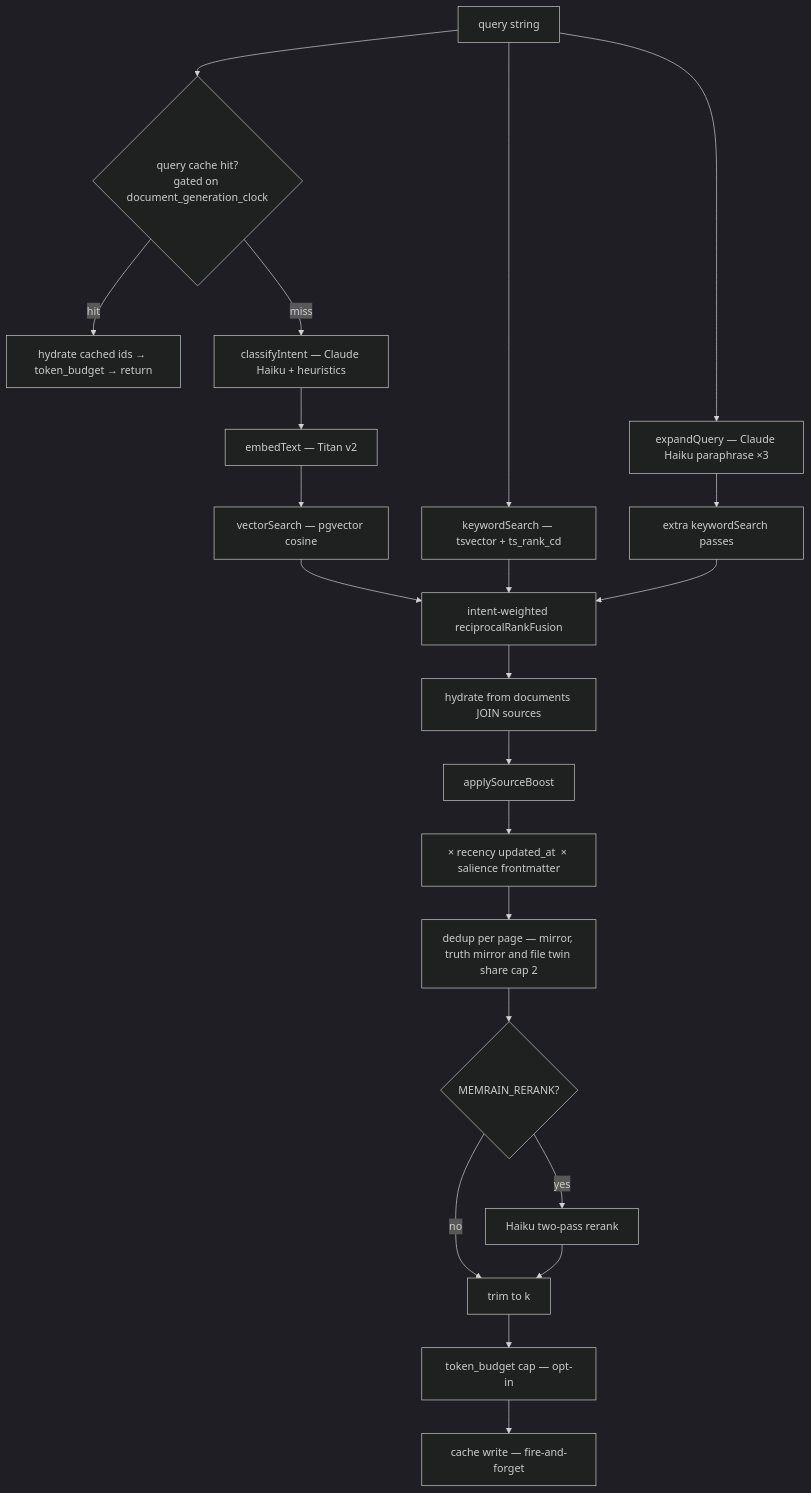
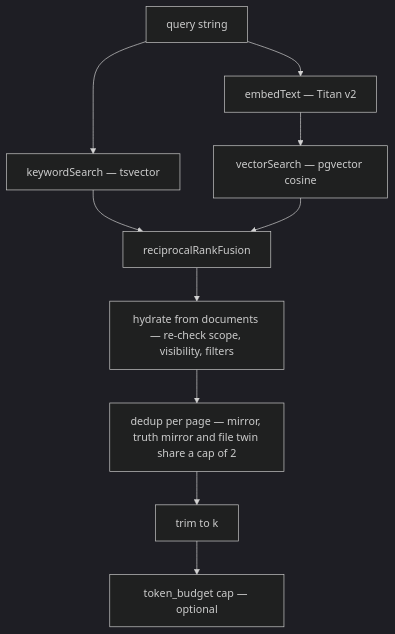
Before and after one commit to timurgaleev/memrain: the diagram in deploy/memrain/docs/ARCHITECTURE.md, drawn with Mermaid (dark theme). The commit also changed other lines of this file and 11 other files, not shown here.

````diff
--- a/deploy/memrain/docs/ARCHITECTURE.md
+++ b/deploy/memrain/docs/ARCHITECTURE.md
@@ -134,24 +81,12 @@
 ```mermaid
 flowchart TD
-  Q[query string] --> C{query cache hit?\ngated on document_generation_clock}
-  C -->|hit| OUT[hydrate cached ids → token_budget → return]
-  C -->|miss| I[classifyIntent — Claude Haiku + heuristics]
-  I --> E[embedText — Titan v2]
+  Q[query string] --> K[keywordSearch — tsvector]
+  Q --> E[embedText — Titan v2]
   E --> V[vectorSearch — pgvector cosine]
-  Q --> K[keywordSearch — tsvector + ts_rank_cd]
-  Q --> X[expandQuery — Claude Haiku paraphrase ×3]
-  X --> K2[extra keywordSearch passes]
-  V --> R[intent-weighted reciprocalRankFusion]
-  K --> R
-  K2 --> R
-  R --> H[hydrate from documents JOIN sources]
-  H --> B[applySourceBoost]
-  B --> RS[× recency updated_at  × salience frontmatter]
-  RS --> D[dedup per page — mirror, truth mirror and file twin share cap 2]
-  D --> RR{MEMRAIN_RERANK?}
-  RR -->|yes| TP[Haiku two-pass rerank]
-  RR -->|no| TK[trim to k]
-  TP --> TK
-  TK --> TB[token_budget cap — opt-in]
-  TB --> W[cache write — fire-and-forget]
+  K --> R[reciprocalRankFusion]
+  V --> R
+  R --> H[hydrate from documents — re-check scope, visibility, filters]
+  H --> D[dedup per page — mirror, truth mirror and file twin share a cap of 2]
+  D --> TK[trim to k]
+  TK --> TB[token_budget cap — optional]
 ```
````
